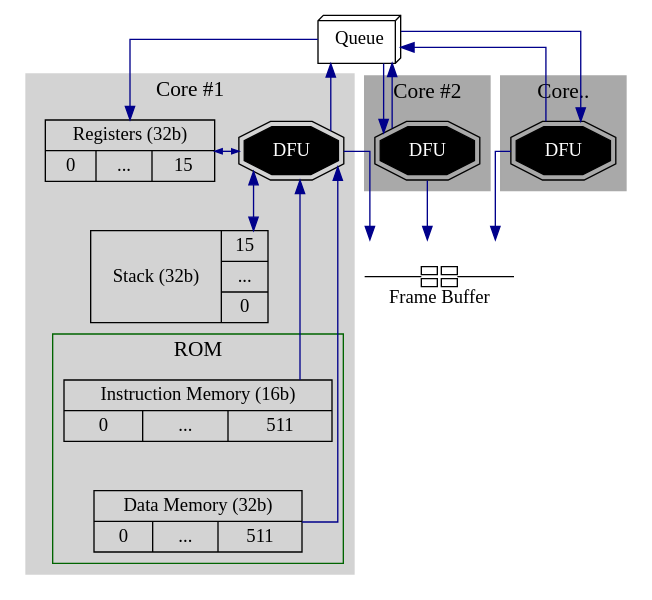
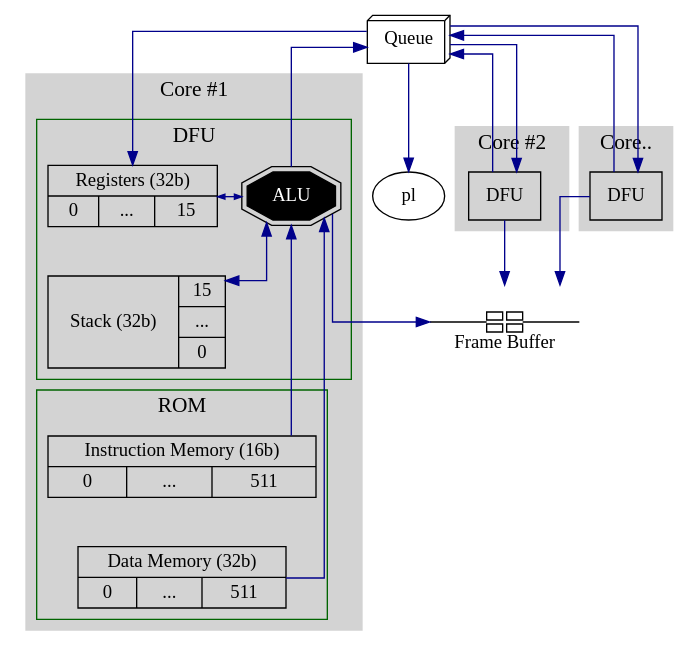
One commit to hexointed/DATX02-17-12 changed the diagram in Docs/figure/GPU-schematic.dot. Above: the diagram before and after it, drawn with Graphviz. The commit also changed 6 other files, not shown here.

```diff
--- a/Docs/figure/GPU-schematic.dot
+++ b/Docs/figure/GPU-schematic.dot
@@ -1,85 +1,97 @@
 digraph GPU
 {
 //graph [fontsize=3]
 fontsize=20;
 labelloc=top;
 //label="Sphere Tracing GPU Layout";
 edge [color=darkblue]
 //newrank=true
 //rankdir=LR
 splines=Ortho
 //compound=true
 //clusterrank=local
 { 	rank=source; 
 	queue [label="Queue",shape=box3d];
 }
 
 subgraph cluster_core1
 {	fontsize=16;
 	style=filled;
 	color=lightgrey;
  	//node [width=0.8,fixedsize=true];
 	subgraph cluster_core1_ROM
 	{	label = "ROM"
 		style=solid;
 		color=darkgreen;
 		//fillcolor=green;
 		node [shape=record];
 		data  [label="{Data Memory (32b)| {0|...|511}}"];
 		instr [label="{Instruction Memory (16b)| {0|...|511}}"];
 	}
 
  	node [shape=record];
 	stack [group=g1,label="Stack (32b)| {15|...|0}"];
 { //rank=same;
 	reg [group=g1,label="{Registers (32b)| {0|...|15}}"];
 }
 
-{ //rank=min;
-	DFU [shape=doubleoctagon,style=filled,color=black,fontcolor=white];
-}
+//ICU [shape=doubleoctagon,style=filled,color=black,fontcolor=white];
 
+	subgraph cluster_DFU
+	{ //rank=min;
+		label = "DFU"
+		style=solid;
+		color=darkgreen;
+			
+		ALU [shape=doubleoctagon,style=filled,color=black,fontcolor=white];
+		reg->stack [style=invis]
+		stack->instr [style=invis]
+	}
+
+
+	instr->data [style=invis]
 	reg->stack [style=invis]
-	stack->instr [style=invis]
-	instr->data [style=invis]
 
 	edge [dir=both,constraint=false]
-	reg -> DFU [arrowsize=0.55]
-	stack -> DFU //[constraint=false]
+	reg -> ALU [arrowsize=0.55]
+	stack -> ALU //[constraint=false]
 	edge [dir=single]
-	instr -> DFU
-	data -> DFU
+	instr -> ALU
+	data -> ALU
 	//edge [constraint=true]
 	label = "Core #1";
 }
+
+queue->pl
+
 subgraph cluster_core2
 {	fontsize=16;
 	style=filled;
-	color=darkgrey;
+	color=lightgrey;
 	label = "Core #2";
-	DFU2 [label="DFU",shape=doubleoctagon,style=filled,color=black,fontcolor=white];
+	DFU2 [label="DFU",shape=box,style=solid,color=black];
 }
 subgraph cluster_core3
 {	fontsize=16;
 	style=filled;
-	color=darkgrey;
+	color=lightgrey;
 	label = "Core..";
-	DFU3 [label="DFU",shape=doubleoctagon,style=filled,color=black,fontcolor=white];
+	DFU3 [label="DFU",shape=box,style=solid,color=black];
 }
 
 {	//rank=max;
 	FrameBuf [label="\n\nFrame Buffer",shape=noverhang,height=0.1,labelfloat=true];
 }
 
 queue->reg
 queue->DFU2
 queue->DFU3
 
-DFU->queue
+ALU->queue
 DFU2->queue
 DFU3->queue
 
-DFU->FrameBuf
+ALU->FrameBuf
 DFU2->FrameBuf
 DFU3->FrameBuf
 }
```
